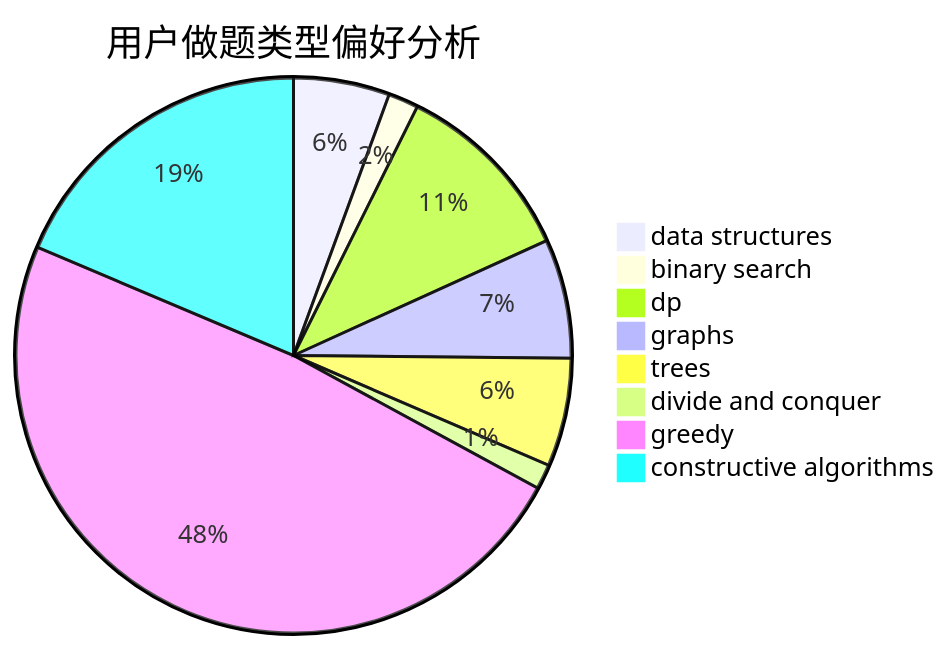
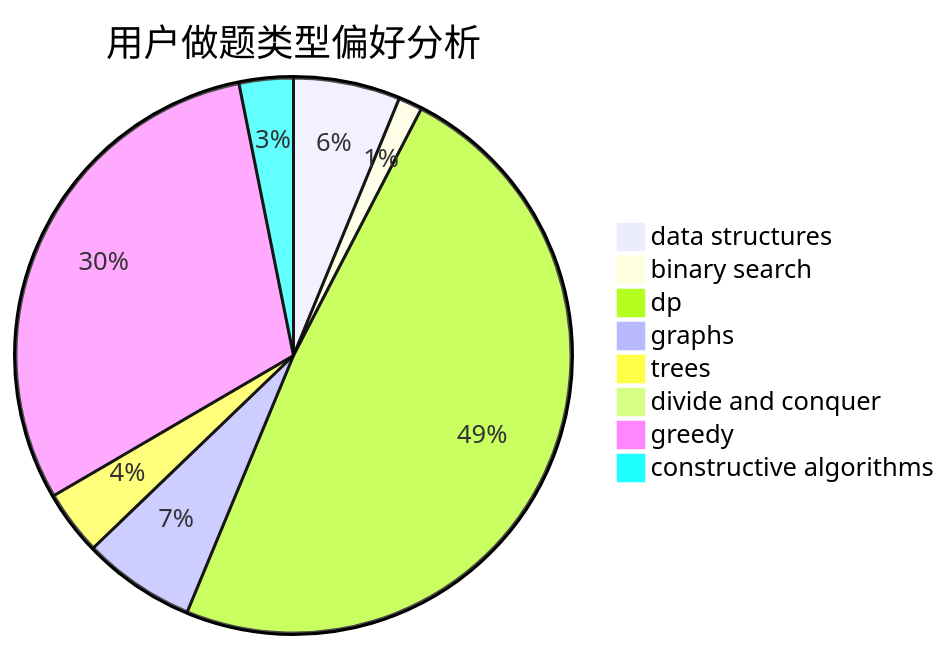
Before and after one commit to sherpahu/cfrs.github.io: the second of 3 diagrams in docs/user/u301.md, drawn with Mermaid. The commit also changed other lines of this file and 2770 other files, not shown here.

````diff
--- a/docs/user/u301.md
+++ b/docs/user/u301.md
@@ -23,11 +23,11 @@
 ```mermaid
 pie title 用户做题类型偏好分析
-    "data structures" :  54
-    "binary search" :  17
-    "dp" :  105
-    "graphs" :  67
-    "trees" :  61
-    "divide and conquer" :  14
-    "greedy" :  468
-    "constructive algorithms" :  180
+    "data structures" :  71
+    "binary search" :  16
+    "dp" :  556
+    "graphs" :  75
+    "trees" :  43
+    "divide and conquer" :  1
+    "greedy" :  346
+    "constructive algorithms" :  36
 ```
````
